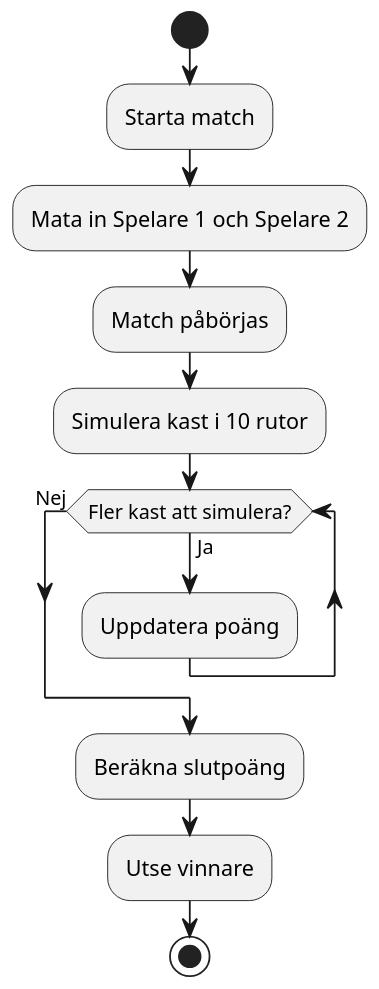
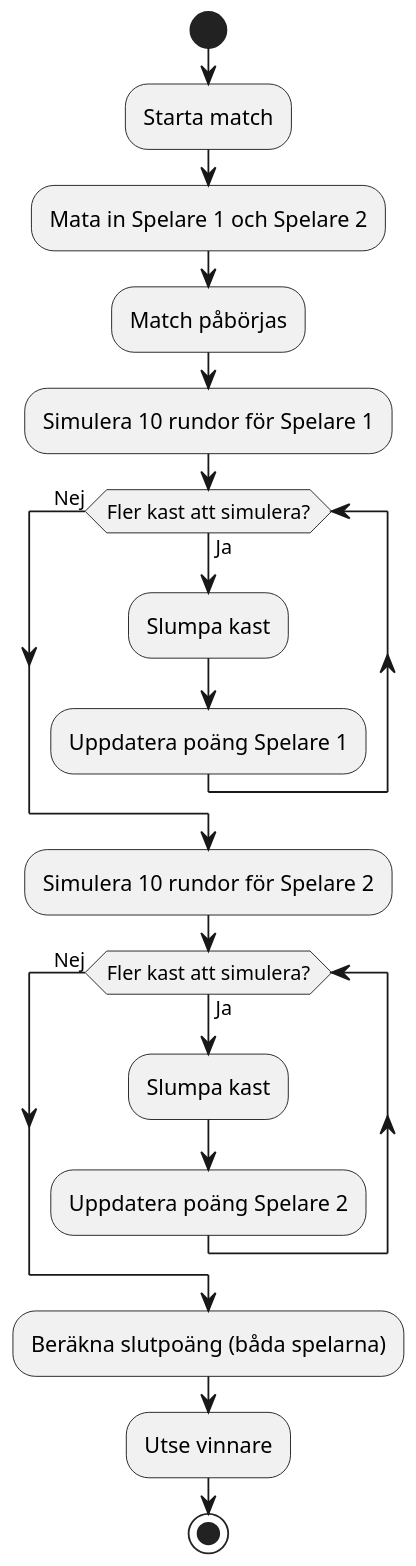
Before and after one commit to RamiObaid92/Bowling_Hall: the diagram in Workflow.puml, drawn with PlantUML. The commit also changed 5 other files, not shown here.

```diff
--- a/Workflow.puml
+++ b/Workflow.puml
@@ -1,16 +1,24 @@
 @startuml
 start
 scale 1.5
+
 :Starta match;
 :Mata in Spelare 1 och Spelare 2;
 :Match påbörjas;
 
-:Simulera kast i 10 rutor;
+:Simulera 10 rundor för Spelare 1;
 while (Fler kast att simulera?) is (Ja)
-  :Uppdatera poäng;
+  :Slumpa kast;
+  :Uppdatera poäng Spelare 1;
 endwhile (Nej)
 
-:Beräkna slutpoäng;
+:Simulera 10 rundor för Spelare 2;
+while (Fler kast att simulera?) is (Ja)
+  :Slumpa kast;
+  :Uppdatera poäng Spelare 2;
+endwhile (Nej)
+
+:Beräkna slutpoäng (båda spelarna);
 :Utse vinnare;
 stop
 @enduml
```
